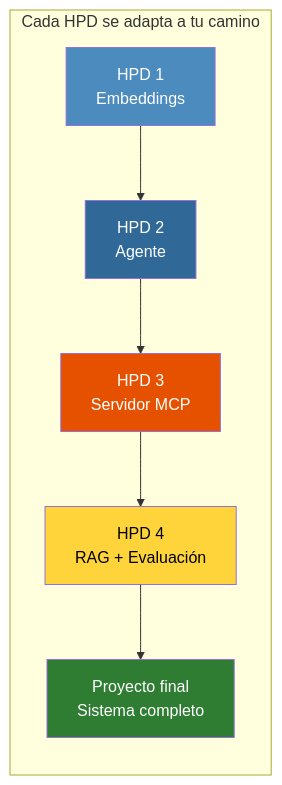
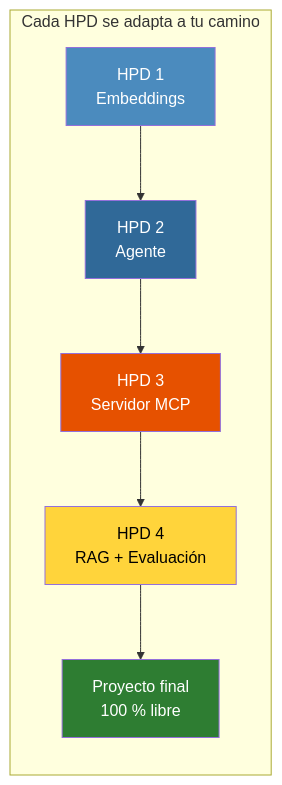
One commit to Adamychen/m10_quarto changed the diagram in evaluables/caminos.qmd. Above: the diagram before and after it, drawn with Mermaid. The commit also changed other lines of this file and 70 other files, not shown here.

````diff
--- a/evaluables/caminos.qmd
+++ b/evaluables/caminos.qmd
@@ -80,14 +84,14 @@
 ```{mermaid}
 graph LR
     subgraph "Cada HPD se adapta a tu camino"
         H1["HPD 1<br/>Embeddings"] --> H2["HPD 2<br/>Agente"]
         H2 --> H3["HPD 3<br/>Servidor MCP"]
         H3 --> H4["HPD 4<br/>RAG + Evaluación"]
-        H4 --> PF["Proyecto final<br/>Sistema completo"]
+        H4 --> PF["Proyecto final<br/>100 % libre"]
     end
     style H1 fill:#4B8BBE,color:#fff
     style H2 fill:#306998,color:#fff
     style H3 fill:#e65100,color:#fff
     style H4 fill:#FFD43B,color:#000
     style PF fill:#2e7d32,color:#fff
 ```
````
